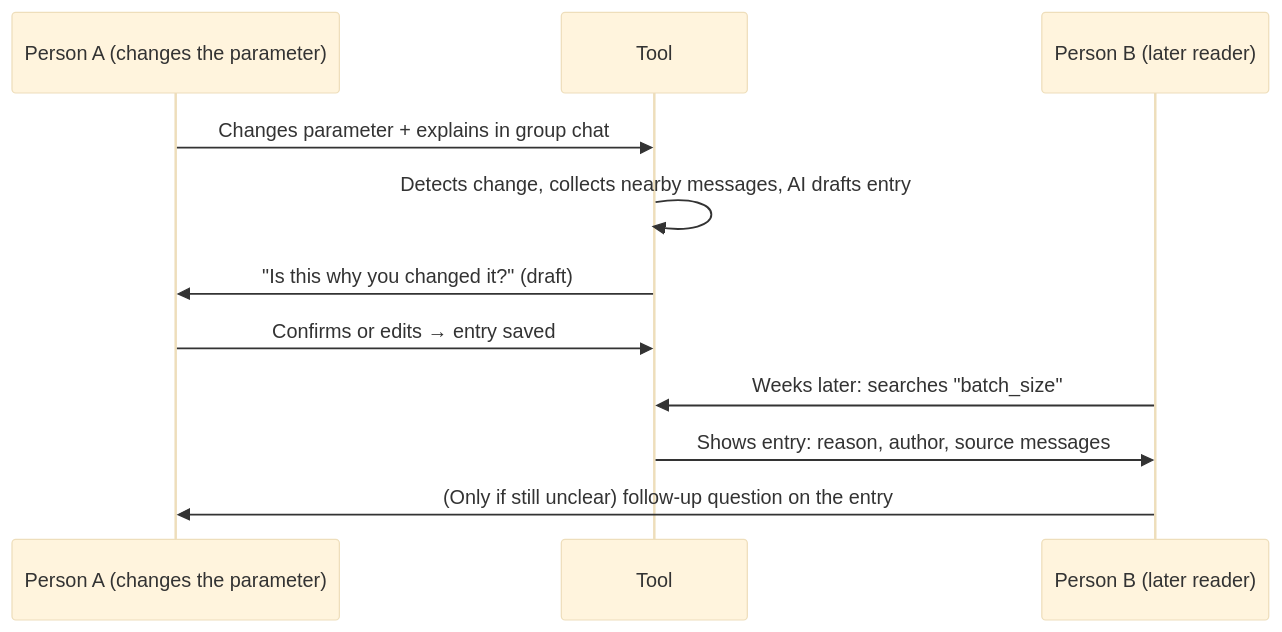
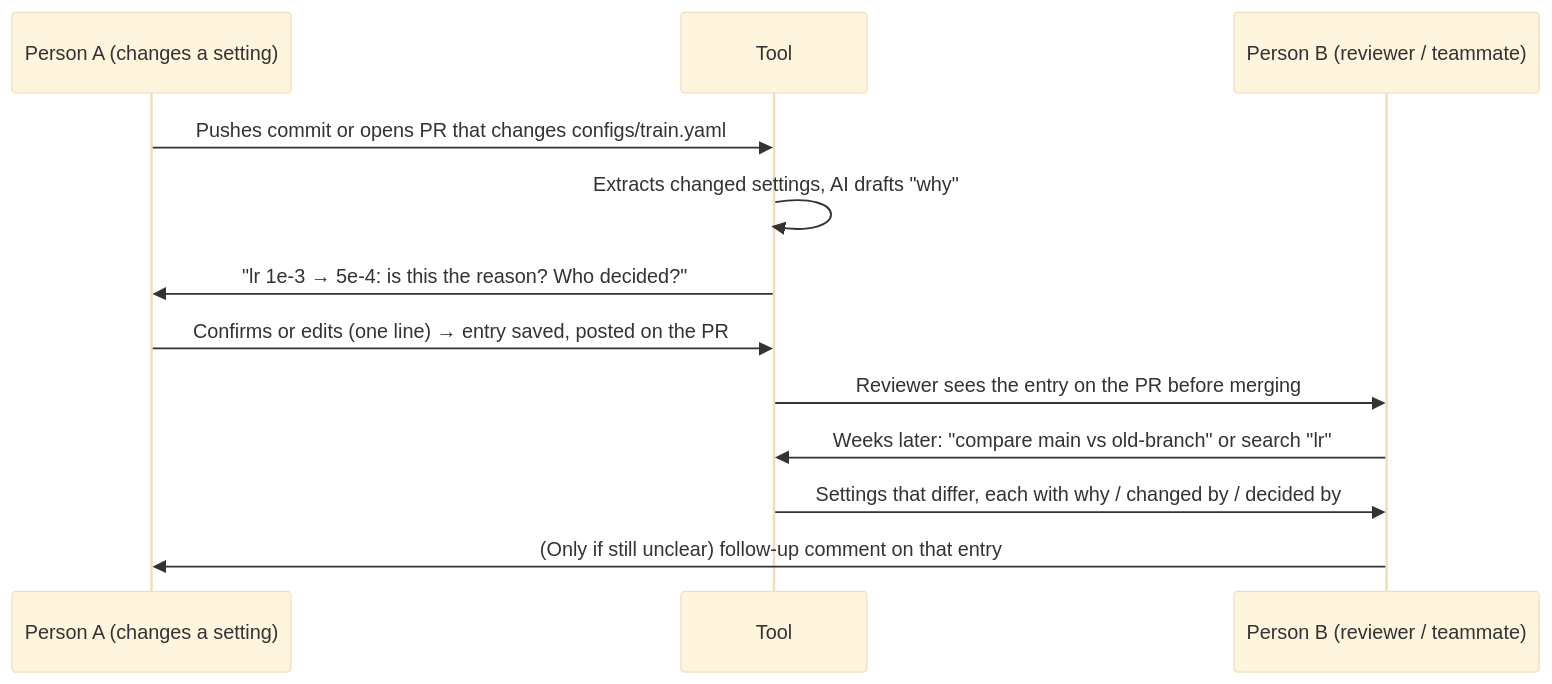
Before and after one commit to Yifu-17/nycu-ai-in-the-loop-115-1-G3: the diagram in Group03_CP1.md, drawn with Mermaid (base theme). The commit also changed other lines of this file and 1 other file, not shown here.

First line of the commit message:
docs: rescope CP1 to shared-repo settings, add interviewee 2, 2-person evaluation

````diff
--- a/Group03_CP1.md
+++ b/Group03_CP1.md
@@ -100,13 +118,14 @@
 ```mermaid
 sequenceDiagram
-    participant A as Person A (changes the parameter)
+    participant A as Person A (changes a setting)
     participant T as Tool
-    participant B as Person B (later reader)
-    A->>T: Changes parameter + explains in group chat
-    T->>T: Detects change, collects nearby messages, AI drafts entry
-    T->>A: "Is this why you changed it?" (draft)
-    A->>T: Confirms or edits → entry saved
-    B->>T: Weeks later: searches "batch_size"
-    T->>B: Shows entry: reason, author, source messages
-    B->>A: (Only if still unclear) follow-up question on the entry
+    participant B as Person B (reviewer / teammate)
+    A->>T: Pushes commit or opens PR that changes configs/train.yaml
+    T->>T: Extracts changed settings, AI drafts "why"
+    T->>A: "lr 1e-3 → 5e-4: is this the reason? Who decided?"
+    A->>T: Confirms or edits (one line) → entry saved, posted on the PR
+    T->>B: Reviewer sees the entry on the PR before merging
+    B->>T: Weeks later: "compare main vs old-branch" or search "lr"
+    T->>B: Settings that differ, each with why / changed by / decided by
+    B->>A: (Only if still unclear) follow-up comment on that entry
 ```
````
